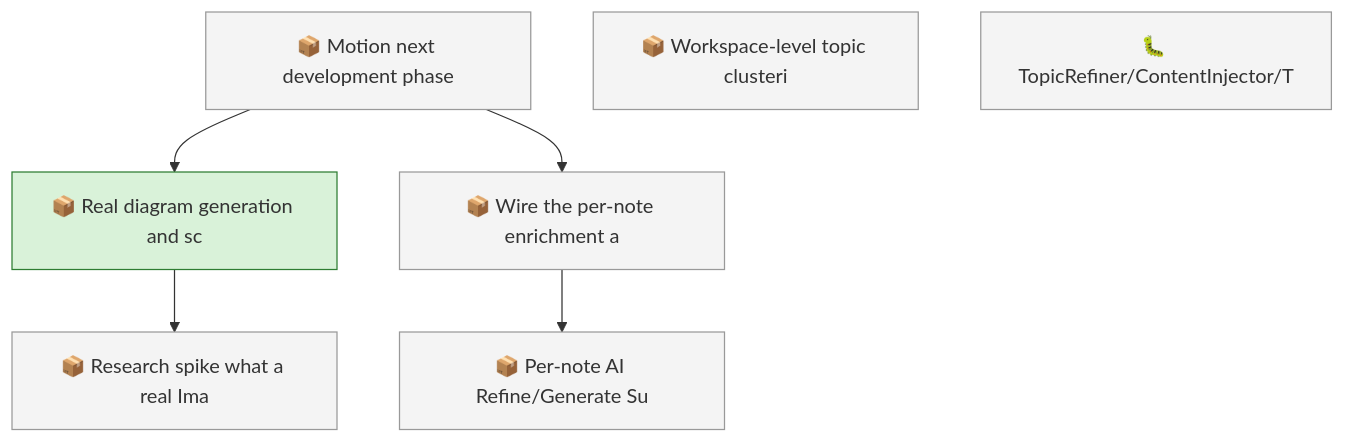
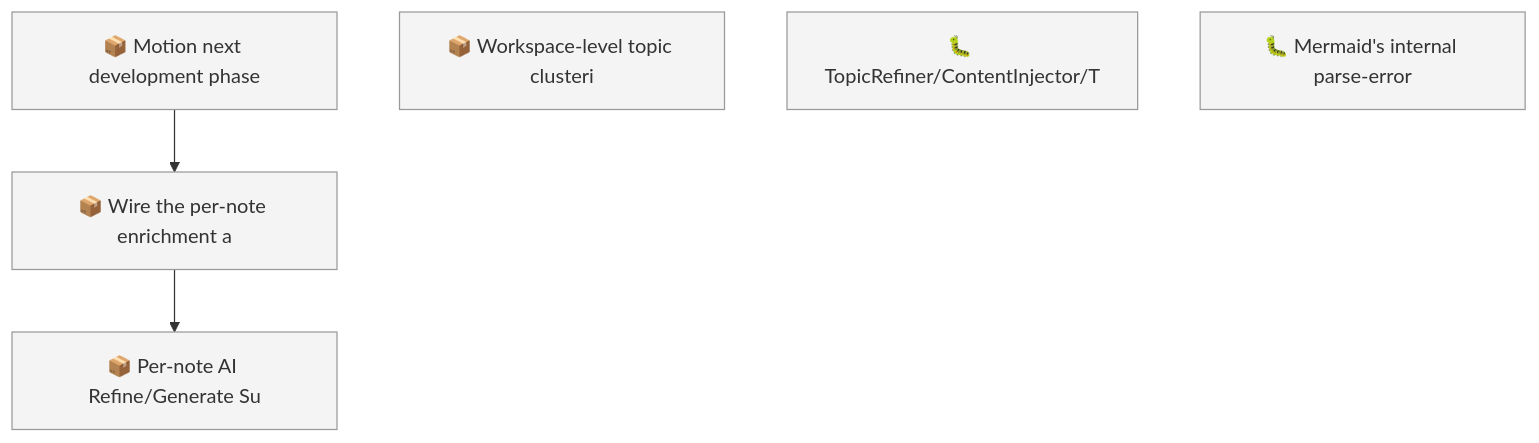
The first of 2 diagrams in docs/roadmap.md (SpillwaveSolutions/motion), drawn with Mermaid before and after one commit. The commit also changed other lines of this file and 17 other files, not shown here.

````diff
--- a/docs/roadmap.md
+++ b/docs/roadmap.md
@@ -52,18 +51,13 @@
 ```mermaid
 graph TD
     01KYFZ6RBHABFSC9K9NJ90168Q["📦 Motion next development phase"]
-    01KYFZ6RBJ5718M3GQPAB76RHS["📦 Real diagram generation and sc"]
-    01KYFZ6RBJEYPZ9RX0F86490TM["📦 Research spike what a real Ima"]
     01KYFZ6RBJV920SFW0MAN9MX9J["📦 Wire the per-note enrichment a"]
     01KYFZ6RBJZNYDT9AK2V0RA11T["📦 Per-note AI Refine/Generate Su"]
     01KYFZ8RGR06XBSG9CH4TEWYJY["📦 Workspace-level topic clusteri"]
     01KYJW5XJ5HTG7ESZ7DDDS8W0C["🐛 TopicRefiner/ContentInjector/T"]
-    01KYFZ6RBHABFSC9K9NJ90168Q --> 01KYFZ6RBJ5718M3GQPAB76RHS
-    01KYFZ6RBJ5718M3GQPAB76RHS --> 01KYFZ6RBJEYPZ9RX0F86490TM
+    01KYJXSYEZ97M9638S91GYZWV0["🐛 Mermaid's internal parse-error"]
     01KYFZ6RBHABFSC9K9NJ90168Q --> 01KYFZ6RBJV920SFW0MAN9MX9J
     01KYFZ6RBJV920SFW0MAN9MX9J --> 01KYFZ6RBJZNYDT9AK2V0RA11T
     classDef todo fill:#f4f4f4,stroke:#999999
-    class 01KYFZ6RBHABFSC9K9NJ90168Q,01KYFZ6RBJEYPZ9RX0F86490TM,01KYFZ6RBJV920SFW0MAN9MX9J,01KYFZ6RBJZNYDT9AK2V0RA11T,01KYFZ8RGR06XBSG9CH4TEWYJY,01KYJW5XJ5HTG7ESZ7DDDS8W0C todo
-    classDef in_progress fill:#d9f2d9,stroke:#2e7d32
-    class 01KYFZ6RBJ5718M3GQPAB76RHS in_progress
+    class 01KYFZ6RBHABFSC9K9NJ90168Q,01KYFZ6RBJV920SFW0MAN9MX9J,01KYFZ6RBJZNYDT9AK2V0RA11T,01KYFZ8RGR06XBSG9CH4TEWYJY,01KYJW5XJ5HTG7ESZ7DDDS8W0C,01KYJXSYEZ97M9638S91GYZWV0 todo
 ```
````
